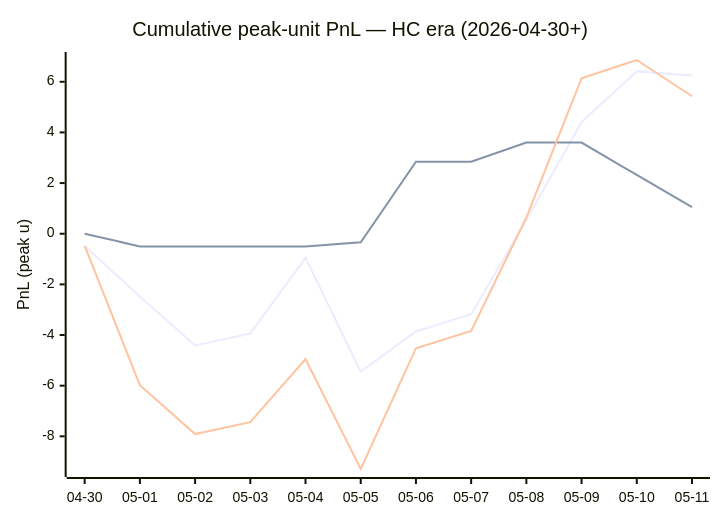
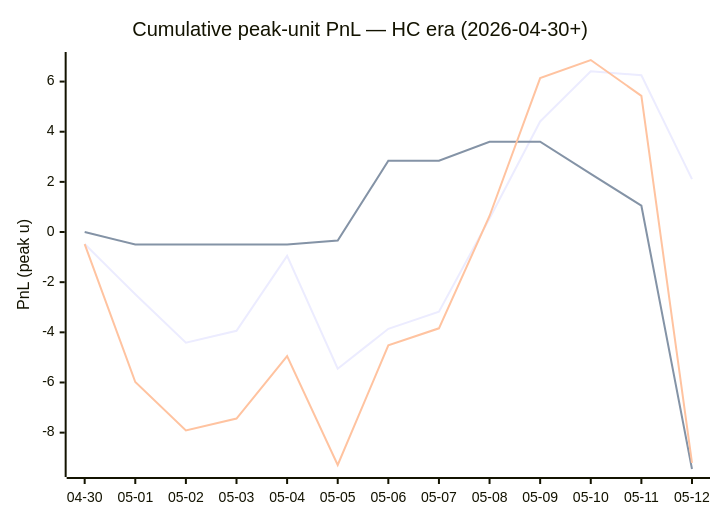
One commit to dpk1212/nhl-savant changed the diagram in DAILY_V6_REPORT.md. Above: the diagram before and after it, drawn with Mermaid. The commit also changed other lines of this file, not shown here.

````diff
--- a/DAILY_V6_REPORT.md
+++ b/DAILY_V6_REPORT.md
@@ -173,9 +175,9 @@
 ```mermaid
 xychart-beta
     title "Cumulative peak-unit PnL — HC era (2026-04-30+)"
-    x-axis ["04-30", "05-01", "05-02", "05-03", "05-04", "05-05", "05-06", "05-07", "05-08", "05-09", "05-10", "05-11"]
+    x-axis ["04-30", "05-01", "05-02", "05-03", "05-04", "05-05", "05-06", "05-07", "05-08", "05-09", "05-10", "05-11", "05-12"]
     y-axis "PnL (peak u)"
-    line "HC ≥ +1" [-0.48, -2.48, -4.41, -3.94, -0.95, -5.45, -3.86, -3.18, 0.54, 4.41, 6.41, 6.25]
-    line "HC = 0"  [0.00, -0.50, -0.50, -0.50, -0.50, -0.34, 2.84, 2.84, 3.60, 3.60, 2.32, 1.05]
-    line "All (HC era)" [-0.48, -5.98, -7.91, -7.44, -4.95, -9.29, -4.52, -3.84, 0.64, 6.14, 6.86, 5.43]
+    line "HC ≥ +1" [-0.48, -2.48, -4.41, -3.94, -0.95, -5.45, -3.86, -3.18, 0.54, 4.41, 6.41, 6.25, 2.11]
+    line "HC = 0"  [0.00, -0.50, -0.50, -0.50, -0.50, -0.34, 2.84, 2.84, 3.60, 3.60, 2.32, 1.05, -9.45]
+    line "All (HC era)" [-0.48, -5.98, -7.91, -7.44, -4.95, -9.29, -4.52, -3.84, 0.64, 6.14, 6.86, 5.43, -9.21]
 ```
````
